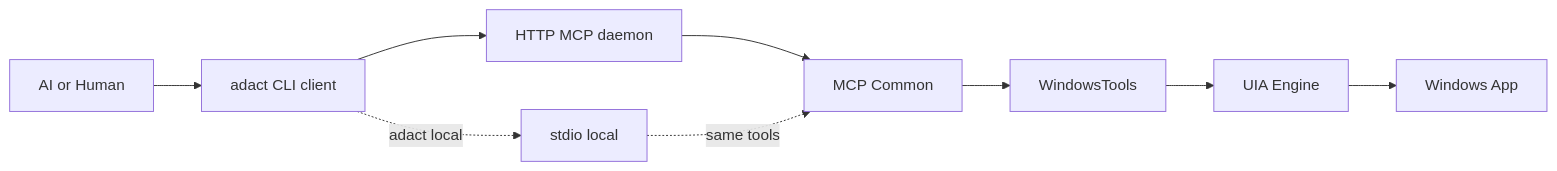
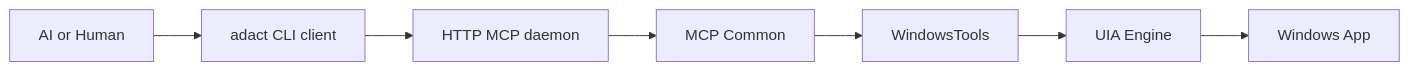
Before and after one commit to 84q/adact: the diagram in docs/architecture/overview.md, drawn with Mermaid. The commit also changed other lines of this file and 56 other files, not shown here.

First line of the commit message:
Named Pipe/HTTP 統合 (ID 18,19): serve pipe をデフォルトに、stdio (local) を廃止

````diff
--- a/docs/architecture/overview.md
+++ b/docs/architecture/overview.md
@@ -5,16 +5,15 @@
 ```mermaid
 flowchart LR
   actor[AI or Human]
   cli[adact CLI client]
   daemon[HTTP MCP daemon]
   common[MCP Common]
   tools[WindowsTools]
   engine[UIA Engine]
   app[Windows App]
 
   actor --> cli --> daemon --> common --> tools --> engine --> app
 
-  local[stdio local]
-  cli -. adact local .-> local
-  local -. same tools .-> common
+
+
 ```
````
